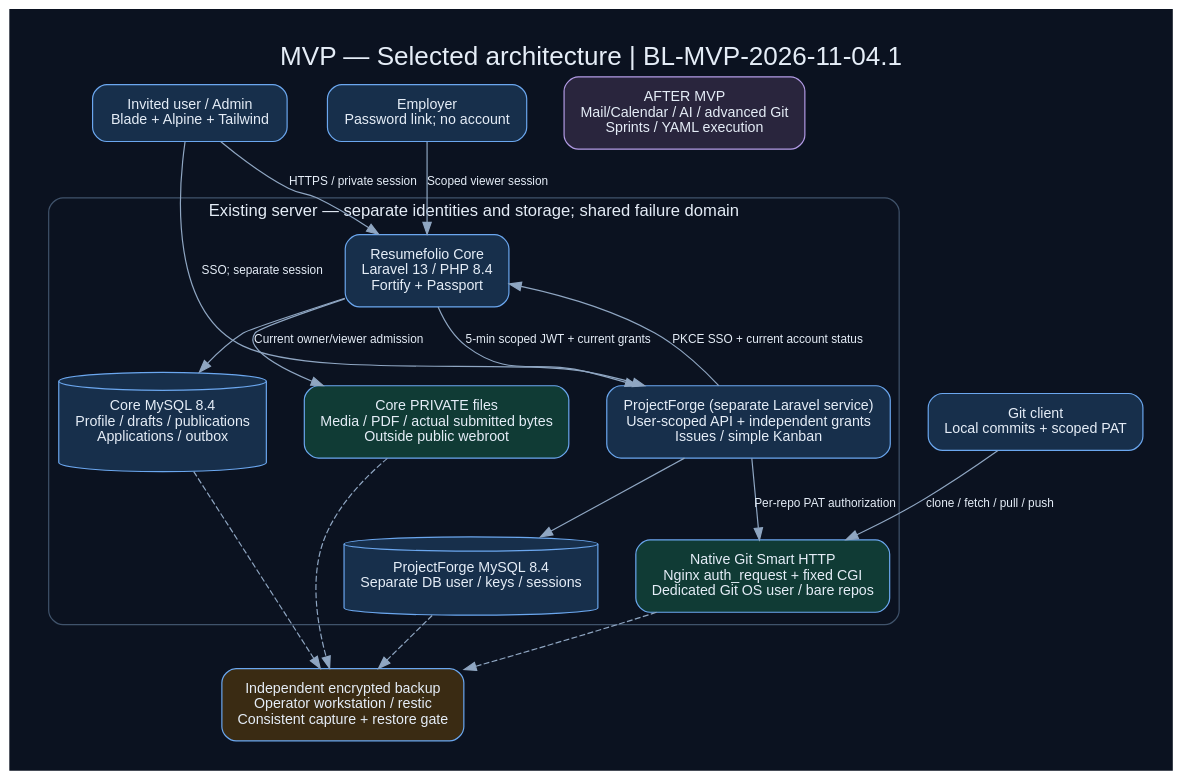
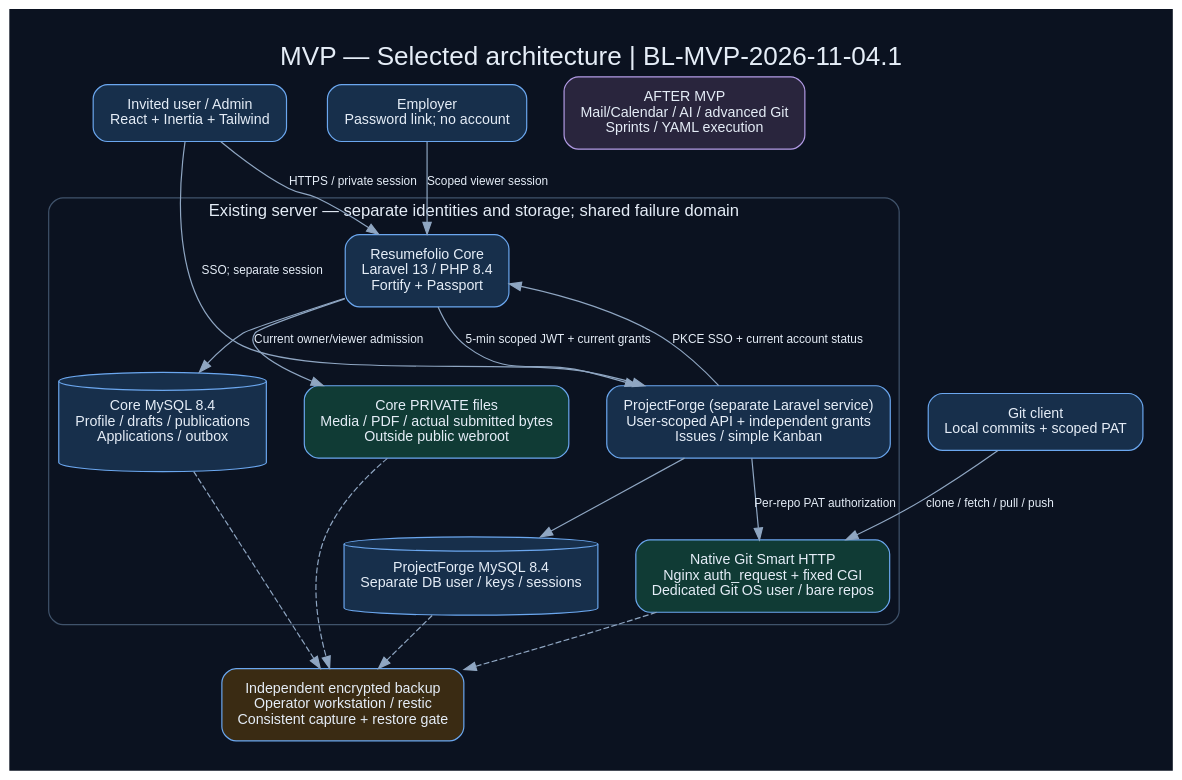
The diagram in docs/MVP/baseline/diagrams/selected-architecture.dot (Farhad-V/Web-Resumefolio), drawn with Graphviz before and after one commit. The commit also changed 13 other files, not shown here.

Commit message:
Select React and Inertia on Laravel for MVP frontend

```diff
--- a/docs/MVP/baseline/diagrams/selected-architecture.dot
+++ b/docs/MVP/baseline/diagrams/selected-architecture.dot
@@ -1,24 +1,24 @@
 digraph MVP {
 graph [rankdir=TB,bgcolor="#0b1220",pad="0.35",nodesep="0.45",ranksep="0.6",fontname="Arial",fontcolor="#e5edf7",label="MVP — Selected architecture | BL-MVP-2026-11-04.1",labelloc=t,fontsize=22];
 node [shape=box,style="rounded,filled",fillcolor="#172f4b",color="#6ba7ef",fontname="Arial",fontcolor="#e5edf7",fontsize=12,margin="0.2,0.15"];edge [fontname="Arial",fontcolor="#e5edf7",fontsize=10,color="#8fa6c2"];
-user [label="Invited user / Admin\nBlade + Alpine + Tailwind"];
+user [label="Invited user / Admin\nReact + Inertia + Tailwind"];
 employer [label="Employer\nPassword link; no account"];
 subgraph cluster_host {label="Existing server — separate identities and storage; shared failure domain";fontsize=14;fontsize=14;color="#40536b";style=rounded;
 core [label="Resumefolio Core\nLaravel 13 / PHP 8.4\nFortify + Passport"];
 pf [label="ProjectForge (separate Laravel service)\nUser-scoped API + independent grants\nIssues / simple Kanban"];
 coredb [label="Core MySQL 8.4\nProfile / drafts / publications\nApplications / outbox",shape=cylinder];
 media [label="Core PRIVATE files\nMedia / PDF / actual submitted bytes\nOutside public webroot",fillcolor="#103b35"];
 pfdb [label="ProjectForge MySQL 8.4\nSeparate DB user / keys / sessions",shape=cylinder];
 git [label="Native Git Smart HTTP\nNginx auth_request + fixed CGI\nDedicated Git OS user / bare repos",fillcolor="#103b35"];
 core -> coredb;core -> media [label="Current owner/viewer admission"];
 pf -> pfdb;pf -> git [label="Per-repo PAT authorization"];
 core -> pf [label="5-min scoped JWT + current grants"];
 pf -> core [label="PKCE SSO + current account status"];
 }
 user -> core [label="HTTPS / private session"];user -> pf [label="SSO; separate session"];
 employer -> core [label="Scoped viewer session"];
 client [label="Git client\nLocal commits + scoped PAT"];client -> git [label="clone / fetch / pull / push"];
 backup [label="Independent encrypted backup\nOperator workstation / restic\nConsistent capture + restore gate",fillcolor="#3a2b13"];
 coredb -> backup [style=dashed];media -> backup [style=dashed];pfdb -> backup [style=dashed];git -> backup [style=dashed];
 future [label="AFTER MVP\nMail/Calendar / AI / advanced Git\nSprints / YAML execution",fillcolor="#29253d",color="#b29be5"];
 }
```
